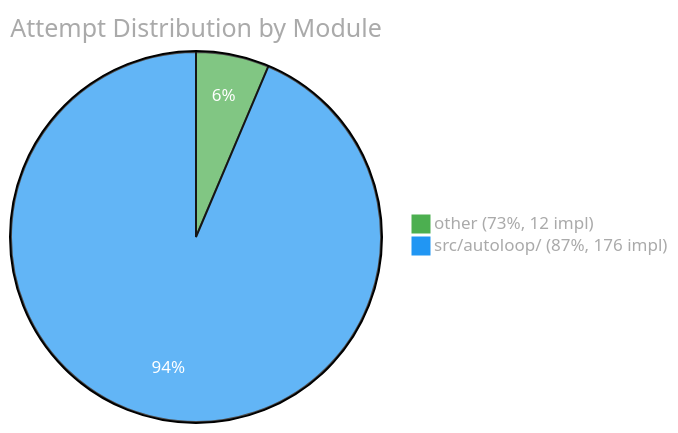
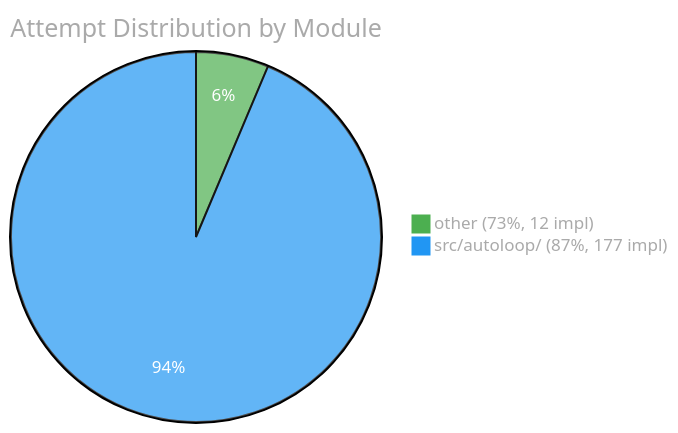
The third of 3 diagrams in EVAL.md (Sanctum-Origo-Systems/autoloop), drawn with Mermaid before and after one commit. The commit also changed other lines of this file and 1 other file, not shown here.

````diff
--- a/EVAL.md
+++ b/EVAL.md
@@ -106,6 +37,6 @@
 ```mermaid
 %%{init: {'theme': 'base', 'themeVariables': {'pie1': '#4CAF50', 'pie2': '#2196F3', 'pie3': '#FF9800', 'pie4': '#E91E63', 'pie5': '#9C27B0', 'pie6': '#00BCD4', 'pieTitleTextColor': '#aaa', 'pieLegendTextColor': '#aaa', 'pieSectionTextColor': '#fff'}}}%%
 pie title Attempt Distribution by Module
     "other (73%, 12 impl)" : 12
-    "src/autoloop/ (87%, 176 impl)" : 176
+    "src/autoloop/ (87%, 177 impl)" : 177
 ```
````
